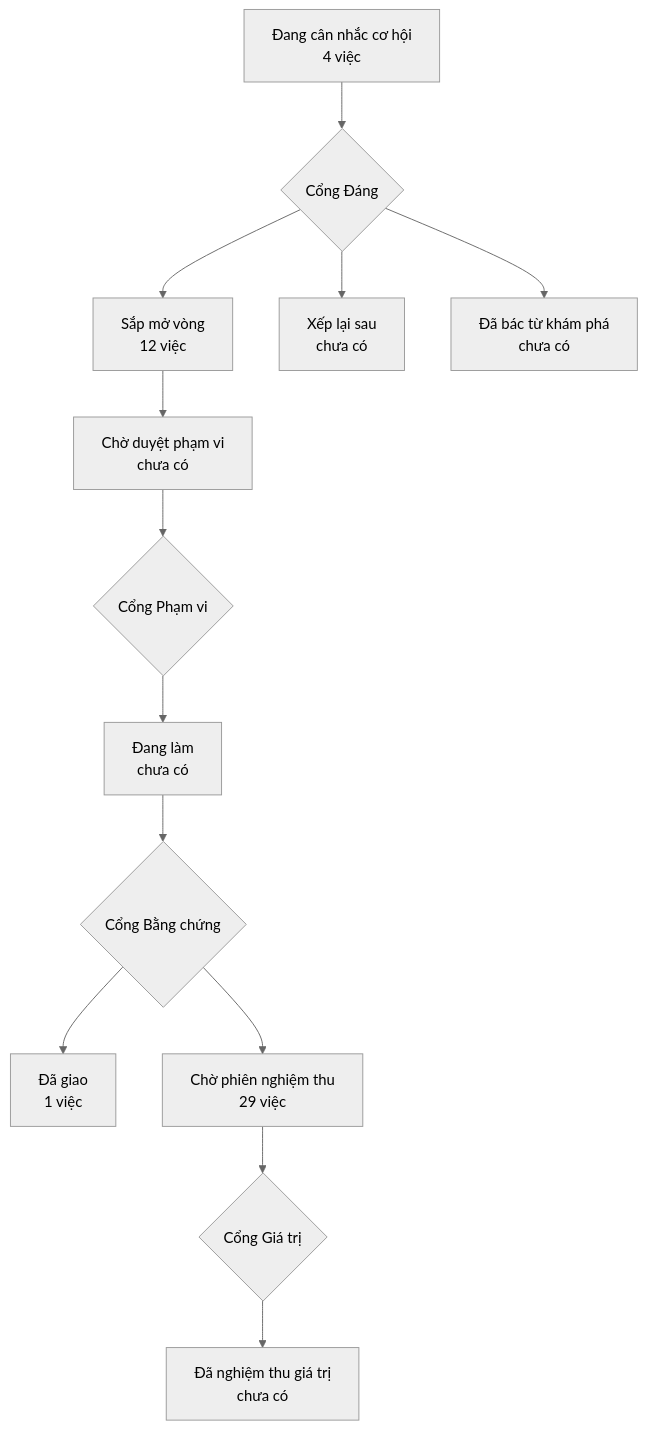
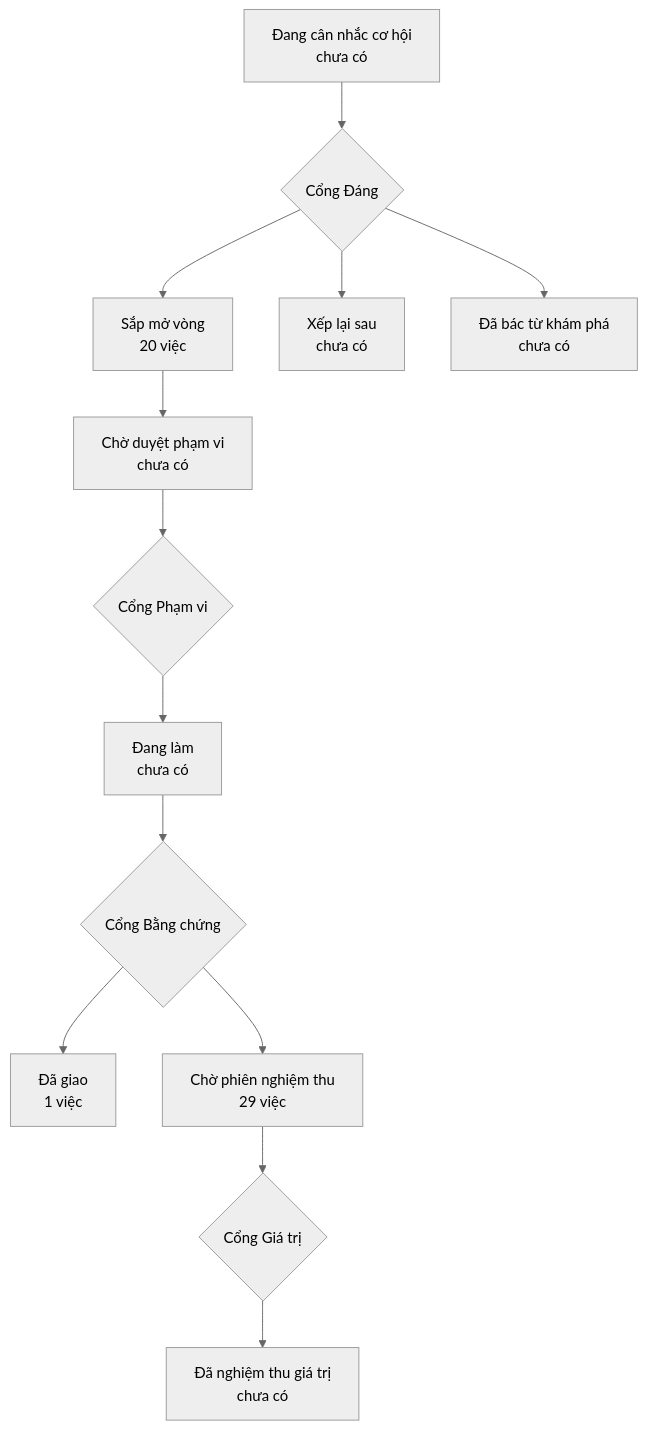
Before and after one commit to phanlemanh/onehub-inventory: the diagram in PRODUCT-MAP.md, drawn with Mermaid (neutral theme). The commit also changed other lines of this file and 1 other file, not shown here.

Commit message:
chore(plan): regenerate product map and roadmap after row 2e and the seven worth-gate decisions

````diff
--- a/PRODUCT-MAP.md
+++ b/PRODUCT-MAP.md
@@ -7,12 +7,12 @@
 ```mermaid
 flowchart TD
-  A["Đang cân nhắc cơ hội<br/>4 việc"] --> GD{"Cổng Đáng"}
-  GD --> B["Sắp mở vòng<br/>12 việc"]
+  A["Đang cân nhắc cơ hội<br/>chưa có"] --> GD{"Cổng Đáng"}
+  GD --> B["Sắp mở vòng<br/>20 việc"]
   GD --> XL["Xếp lại sau<br/>chưa có"]
   GD --> DB["Đã bác từ khám phá<br/>chưa có"]
   B --> CD["Chờ duyệt phạm vi<br/>chưa có"] --> GP{"Cổng Phạm vi"}
   GP --> DL["Đang làm<br/>chưa có"] --> GB{"Cổng Bằng chứng"}
   GB --> DG["Đã giao<br/>1 việc"]
   GB --> CN["Chờ phiên nghiệm thu<br/>29 việc"] --> GG{"Cổng Giá trị"}
   GG --> NT["Đã nghiệm thu giá trị<br/>chưa có"]
 ```
````
